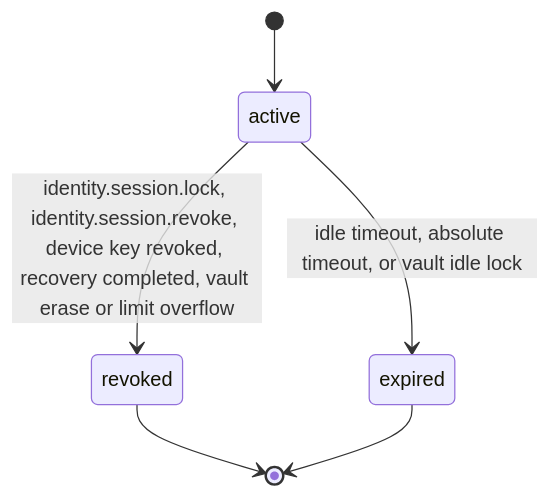
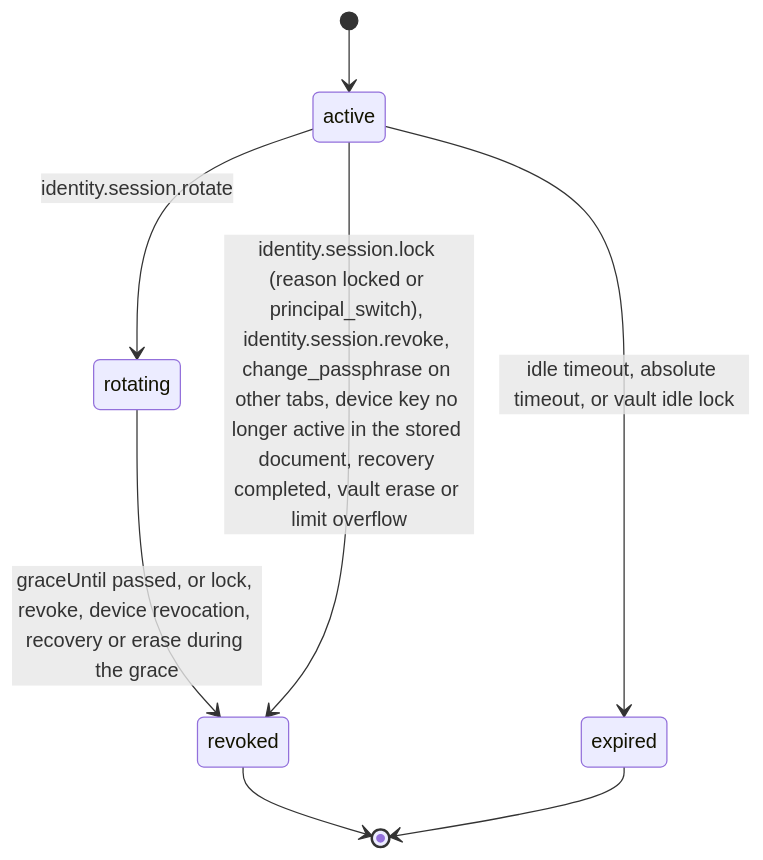
Before and after one commit to djshellshoxxx/CLASSifiedisRUPTed: the second of 2 diagrams in 07_Identity/01_accounts/mod_sessions/workflow_state_machine.md, drawn with Mermaid. The commit also changed other lines of this file and 1935 other files, not shown here.

````diff
--- a/07_Identity/01_accounts/mod_sessions/workflow_state_machine.md
+++ b/07_Identity/01_accounts/mod_sessions/workflow_state_machine.md
@@ -42,8 +47,10 @@
 ```mermaid
 stateDiagram-v2
   [*] --> active
-  active --> revoked: identity.session.lock, identity.session.revoke, device key revoked, recovery completed, vault erase or limit overflow
+  active --> rotating: identity.session.rotate
+  rotating --> revoked: graceUntil passed, or lock, revoke, device revocation, recovery or erase during the grace
+  active --> revoked: identity.session.lock (reason locked or principal_switch), identity.session.revoke, change_passphrase on other tabs, device key no longer active in the stored document, recovery completed, vault erase or limit overflow
   active --> expired: idle timeout, absolute timeout, or vault idle lock
   revoked --> [*]
   expired --> [*]
 ```
````
